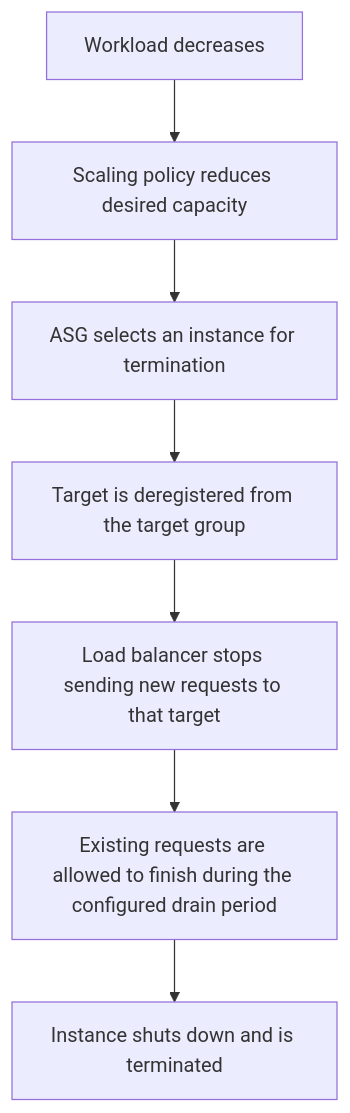
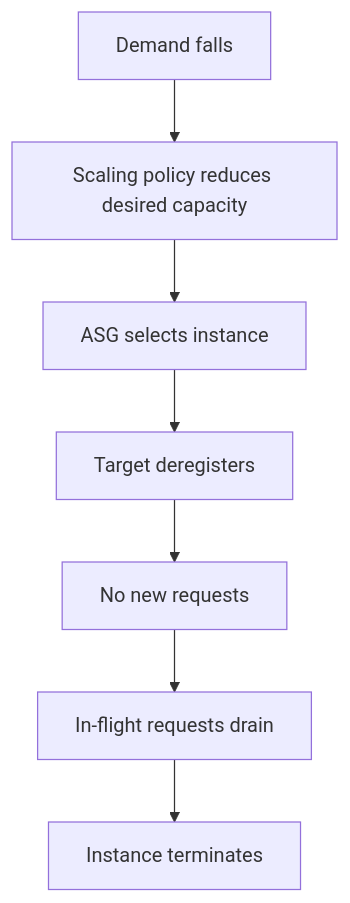
The tenth of 15 diagrams in src/content/devops/load-balancing-auto-scaling.md (AvadhBhalodiya/Interview-Preparation), drawn with Mermaid before and after one commit. The commit also changed other lines of this file and 54 other files, not shown here.

````diff
--- a/src/content/devops/load-balancing-auto-scaling.md
+++ b/src/content/devops/load-balancing-auto-scaling.md
@@ -671,9 +679,9 @@
 ```mermaid
 flowchart TD
-    S1[Workload decreases] --> S2[Scaling policy reduces desired capacity]
-    S2 --> S3[ASG selects an instance for termination]
-    S3 --> S4[Target is deregistered from the target group]
-    S4 --> S5[Load balancer stops sending new requests to that target]
-    S5 --> S6[Existing requests are allowed to finish during the configured drain period]
-    S6 --> S7[Instance shuts down and is terminated]
+    A[Demand falls] --> B[Scaling policy reduces desired capacity]
+    B --> C[ASG selects instance]
+    C --> D[Target deregisters]
+    D --> E[No new requests]
+    E --> F[In-flight requests drain]
+    F --> G[Instance terminates]
 ```
````
